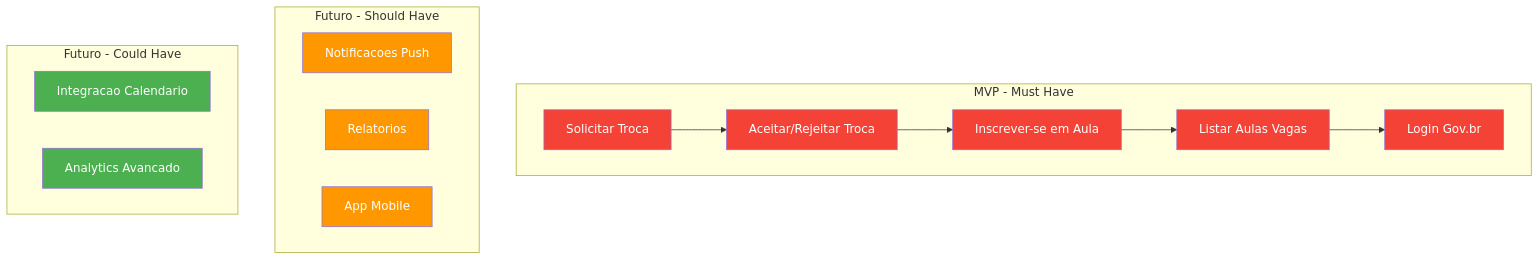
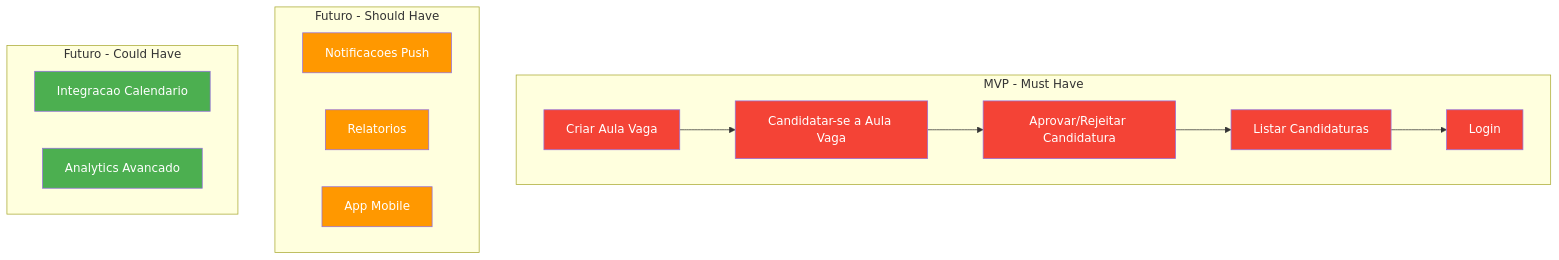
One commit to TROCA-AULA/troca-aula-backend changed the second of 2 diagrams in docs/05-user-stories.md. Above: the diagram before and after it, drawn with Mermaid. The commit also changed other lines of this file and 9 other files, not shown here.

````diff
--- a/docs/05-user-stories.md
+++ b/docs/05-user-stories.md
@@ -45,37 +53,37 @@
 ```mermaid
 graph TD
     subgraph "MVP - Must Have"
-        US1[Solicitar Troca]
-        US2[Aceitar/Rejeitar Troca]
-        US3[Inscrever-se em Aula]
-        US4[Listar Aulas Vagas]
-        US5[Login Gov.br]
+        US1[Criar Aula Vaga]
+        US2[Candidatar-se a Aula Vaga]
+        US3[Aprovar/Rejeitar Candidatura]
+        US4[Listar Candidaturas]
+        US5[Login]
     end
     
     subgraph "Futuro - Should Have"
         US6[Notificacoes Push]
         US7[Relatorios]
         US8[App Mobile]
     end
     
     subgraph "Futuro - Could Have"
         US9[Integracao Calendario]
         US10[Analytics Avancado]
     end
     
     US1 --> US2
     US2 --> US3
     US3 --> US4
     US4 --> US5
     
     style US1 fill:#f44336,color:#fff
     style US2 fill:#f44336,color:#fff
     style US3 fill:#f44336,color:#fff
     style US4 fill:#f44336,color:#fff
     style US5 fill:#f44336,color:#fff
     style US6 fill:#ff9800,color:#fff
     style US7 fill:#ff9800,color:#fff
     style US8 fill:#ff9800,color:#fff
     style US9 fill:#4CAF50,color:#fff
     style US10 fill:#4CAF50,color:#fff
 ```
````
